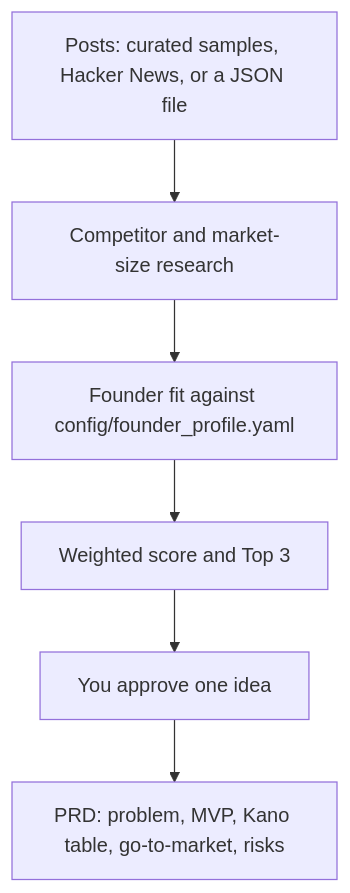
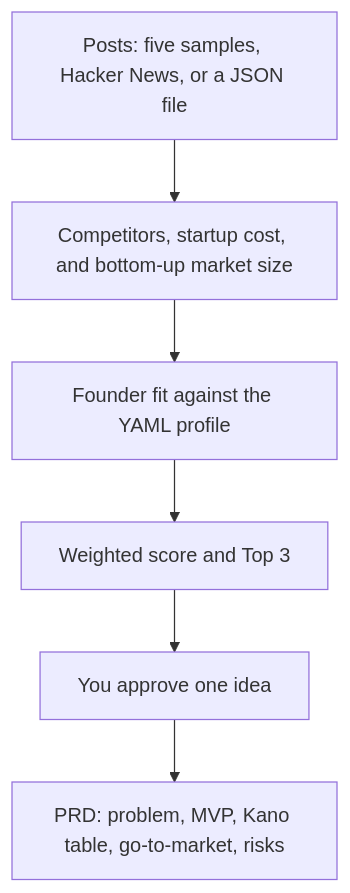
Before and after one commit to VJGit1/startup_scout: the diagram in README.md, drawn with Mermaid. The commit also changed other lines of this file, not shown here.

````diff
--- a/README.md
+++ b/README.md
@@ -101,8 +126,8 @@
 ```mermaid
 flowchart TD
-    posts["Posts: curated samples, Hacker News, or a JSON file"] --> research["Competitor and market-size research"]
-    research --> fit["Founder fit against config/founder_profile.yaml"]
+    posts["Posts: five samples, Hacker News, or a JSON file"] --> research["Competitors, startup cost, and bottom-up market size"]
+    research --> fit["Founder fit against the YAML profile"]
     fit --> rank["Weighted score and Top 3"]
-    rank --> you["You approve one idea"]
-    you --> prd["PRD: problem, MVP, Kano table, go-to-market, risks"]
+    rank --> approve["You approve one idea"]
+    approve --> prd["PRD: problem, MVP, Kano table, go-to-market, risks"]
 ```
````
